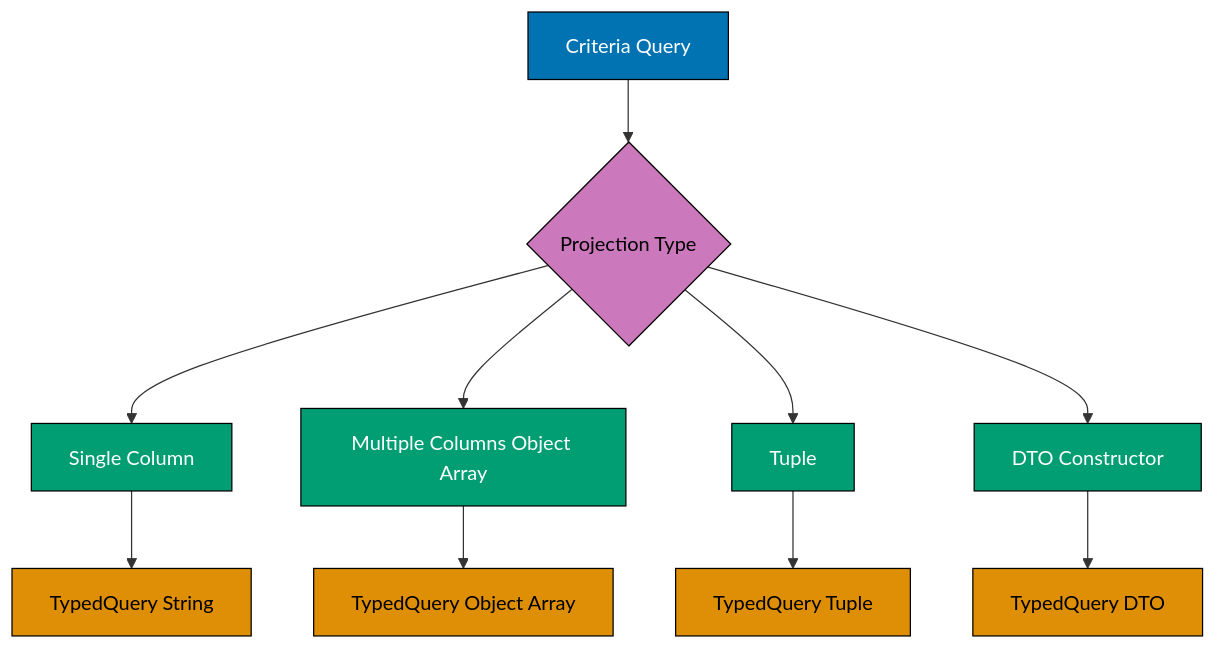
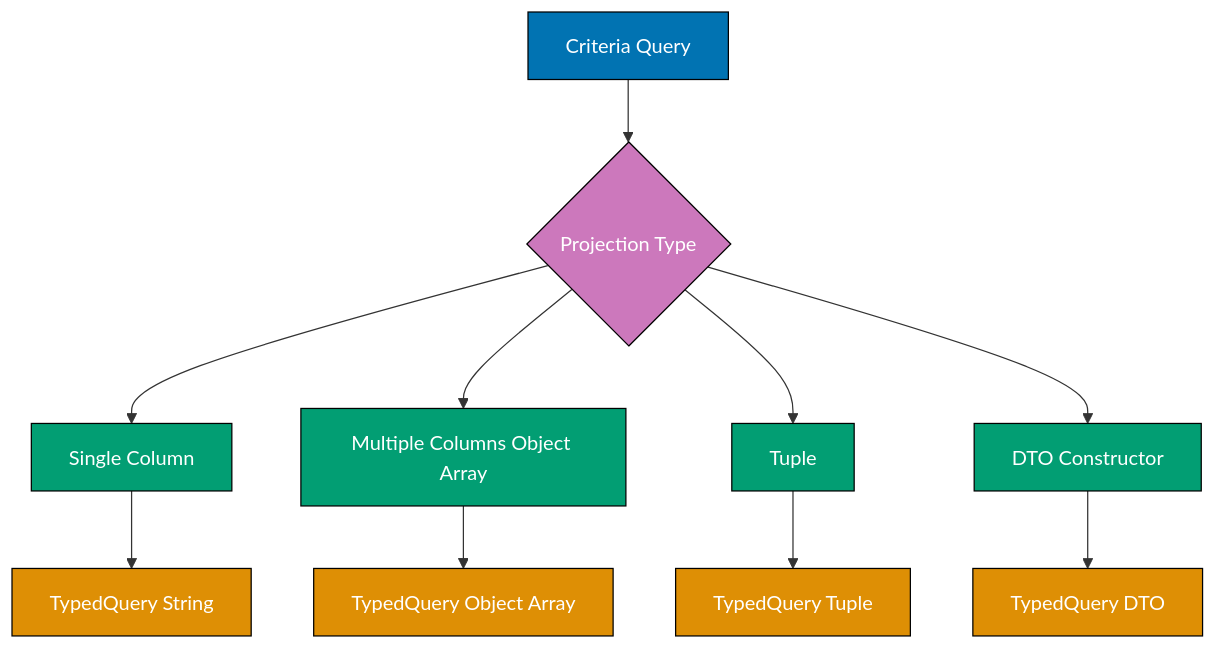
One commit to wahidyankf/open-sharia-enterprise changed the fourth of 10 diagrams in apps/ayokoding-web/content/en/learn/software-engineering/data/tools/spring-data-jpa/by-example/advanced.md. Above: the diagram before and after it, drawn with Mermaid. The commit also changed other lines of this file and 61 other files, not shown here.

First line of the commit message:
fix(ayokoding-web): quote Mermaid node labels with special characters in Example 63

````diff
--- a/apps/ayokoding-web/content/en/learn/software-engineering/data/tools/spring-data-jpa/by-example/advanced.md
+++ b/apps/ayokoding-web/content/en/learn/software-engineering/data/tools/spring-data-jpa/by-example/advanced.md
@@ -1424,24 +1424,24 @@
 ```mermaid
 %% Projection types and flow
 graph TD
     A[Criteria Query] --> B{Projection Type}
     B --> C[Single Column]
     B --> D[Multiple Columns Object Array]
     B --> E[Tuple]
     B --> F[DTO Constructor]
     C --> G[TypedQuery String]
     D --> H[TypedQuery Object Array]
     E --> I[TypedQuery Tuple]
     F --> J[TypedQuery DTO]
 
     style A fill:#0173B2,stroke:#000,color:#fff
-    style B fill:#CC78BC,stroke:#000,color:#000
+    style B fill:#CC78BC,stroke:#000,color:#fff
     style C fill:#029E73,stroke:#000,color:#fff
     style D fill:#029E73,stroke:#000,color:#fff
     style E fill:#029E73,stroke:#000,color:#fff
     style F fill:#029E73,stroke:#000,color:#fff
-    style G fill:#DE8F05,stroke:#000,color:#000
-    style H fill:#DE8F05,stroke:#000,color:#000
-    style I fill:#DE8F05,stroke:#000,color:#000
-    style J fill:#DE8F05,stroke:#000,color:#000
+    style G fill:#DE8F05,stroke:#000,color:#fff
+    style H fill:#DE8F05,stroke:#000,color:#fff
+    style I fill:#DE8F05,stroke:#000,color:#fff
+    style J fill:#DE8F05,stroke:#000,color:#fff
 ```
````
